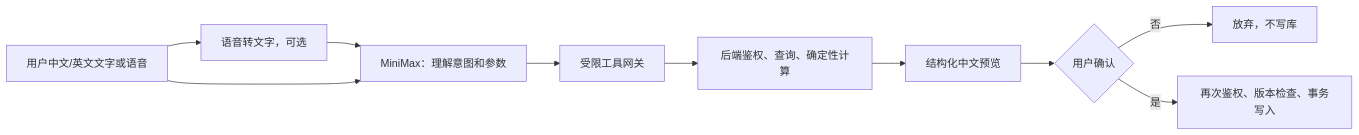
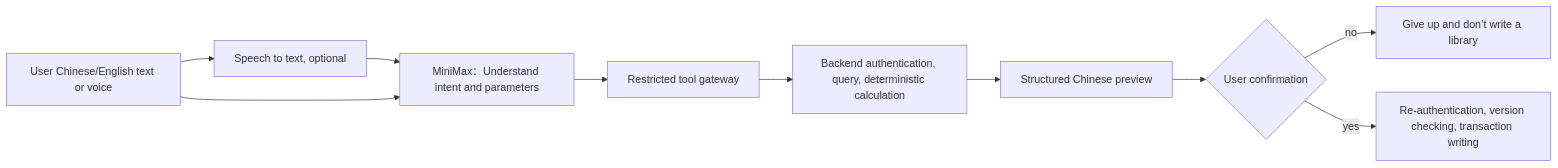
Before and after one commit to Redonkatonkk/massage-note: the sixth of 6 diagrams in docs/archive/INITIAL_ARCHITECTURE_PLAN.md, drawn with Mermaid. The commit also changed other lines of this file and 118 other files, not shown here.

````diff
--- a/docs/archive/INITIAL_ARCHITECTURE_PLAN.md
+++ b/docs/archive/INITIAL_ARCHITECTURE_PLAN.md
@@ -697,12 +795,12 @@
 ```mermaid
 flowchart LR
-    U["用户中文/英文文字或语音"] --> T["语音转文字，可选"]
-    T --> L["MiniMax：理解意图和参数"]
+    U["User Chinese/English text or voice"] --> T["Speech to text, optional"]
+    T --> L["MiniMax：Understand intent and parameters"]
     U --> L
-    L --> G["受限工具网关"]
-    G --> P["后端鉴权、查询、确定性计算"]
-    P --> V["结构化中文预览"]
-    V --> C{"用户确认"}
-    C -- 否 --> X["放弃，不写库"]
-    C -- 是 --> R["再次鉴权、版本检查、事务写入"]
+    L --> G["Restricted tool gateway"]
+    G --> P["Backend authentication, query, deterministic calculation"]
+    P --> V["Structured Chinese preview"]
+    V --> C{"User confirmation"}
+    C -- no --> X["Give up and don’t write a library"]
+    C -- yes --> R["Re-authentication, version checking, transaction writing"]
 ```
````
